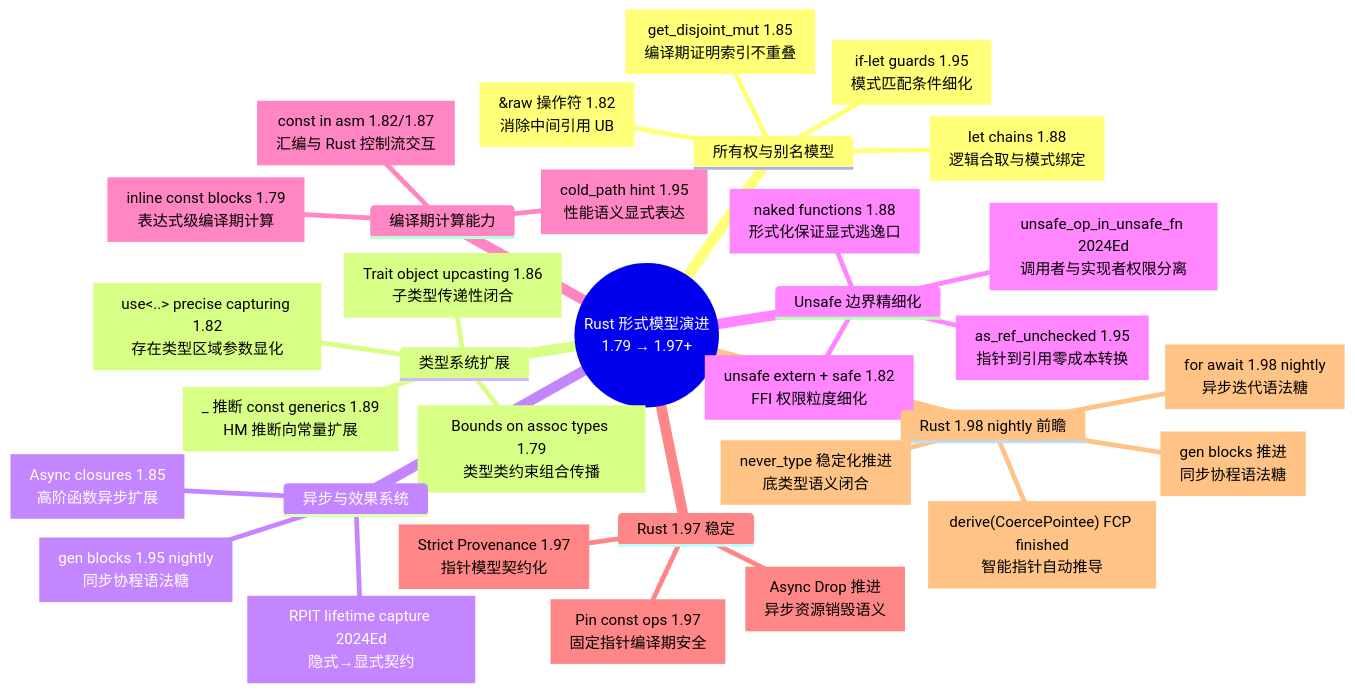
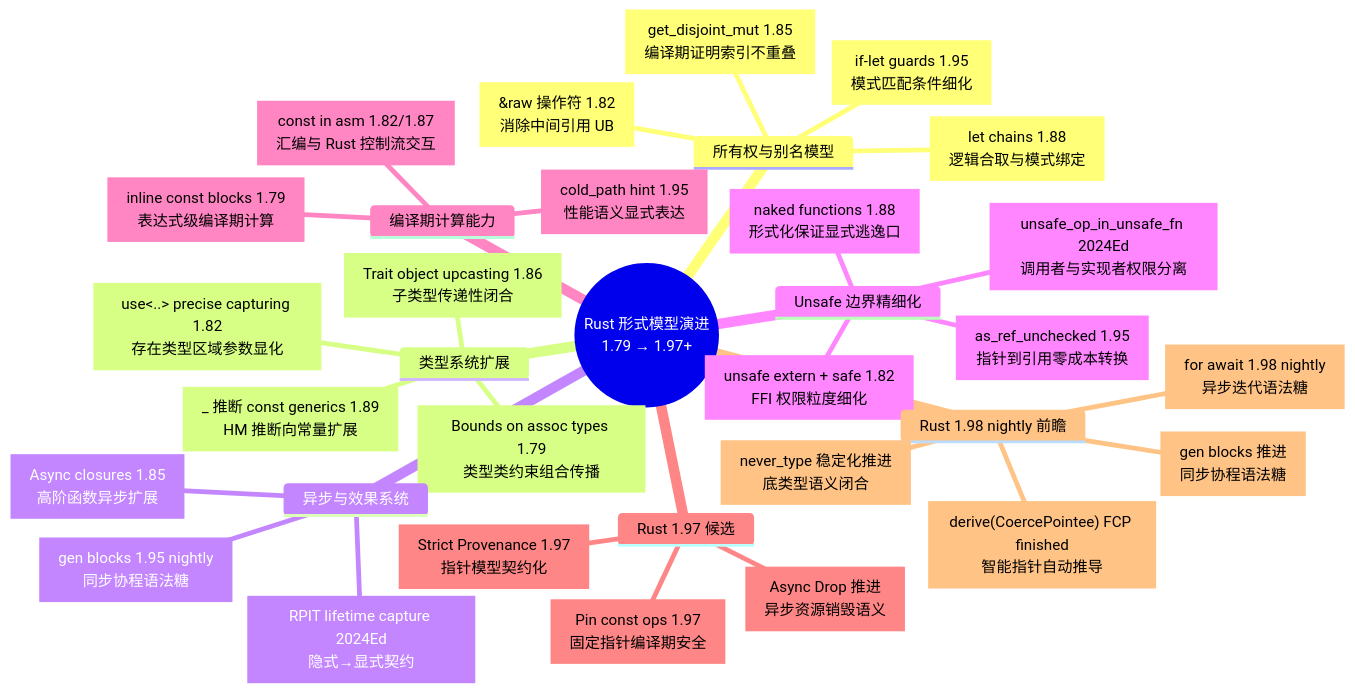
The first of 3 diagrams in concept/07_future/05_rust_version_tracking.md (martin-ly/rust-lang), drawn with Mermaid before and after one commit. The commit also changed other lines of this file and 100 other files, not shown here.

````diff
--- a/concept/07_future/05_rust_version_tracking.md
+++ b/concept/07_future/05_rust_version_tracking.md
@@ -48,36 +48,36 @@
 ```mermaid
 mindmap
   root((Rust 形式模型演进<br/>1.79 → 1.97+))
     所有权与别名模型
       raw_op[&raw 操作符 1.82<br/>消除中间引用 UB]
       if_let_guards[if-let guards 1.95<br/>模式匹配条件细化]
       let_chains[let chains 1.88<br/>逻辑合取与模式绑定]
       get_disjoint[get_disjoint_mut 1.85<br/>编译期证明索引不重叠]
     类型系统扩展
       precise_capturing[use&lt;..&gt; precise capturing 1.82<br/>存在类型区域参数显化]
       trait_upcasting[Trait object upcasting 1.86<br/>子类型传递性闭合]
       infer_const[_ 推断 const generics 1.89<br/>HM 推断向常量扩展]
       assoc_bounds[Bounds on assoc types 1.79<br/>类型类约束组合传播]
     异步与效果系统
       async_closures[Async closures 1.85<br/>高阶函数异步扩展]
       rpit_capture[RPIT lifetime capture 2024Ed<br/>隐式→显式契约]
       gen_blocks[gen blocks 1.95 nightly<br/>同步协程语法糖]
     Unsafe 边界精细化
       unsafe_extern[unsafe extern + safe 1.82<br/>FFI 权限粒度细化]
       naked[naked functions 1.88<br/>形式化保证显式逃逸口]
       unsafe_op[unsafe_op_in_unsafe_fn 2024Ed<br/>调用者与实现者权限分离]
       as_ref_unchecked[as_ref_unchecked 1.95<br/>指针到引用零成本转换]
     编译期计算能力
       inline_const[inline const blocks 1.79<br/>表达式级编译期计算]
       const_asm[const in asm 1.82/1.87<br/>汇编与 Rust 控制流交互]
       cold_path[cold_path hint 1.95<br/>性能语义显式表达]
-    Rust 1.97 稳定
+    Rust 1.97 候选
       async_drop[Async Drop 推进<br/>异步资源销毁语义]
       strict_provenance[Strict Provenance 1.97<br/>指针模型契约化]
       pin_const[Pin const ops 1.97<br/>固定指针编译期安全]
     Rust 1.98 nightly 前瞻
       gen_blocks_stable[gen blocks 推进<br/>同步协程语法糖]
       async_for_loop[for await 1.98 nightly<br/>异步迭代语法糖]
       coerce_pointee["derive(CoercePointee) FCP finished<br/>智能指针自动推导"]
       never_type_stable[never_type 稳定化推进<br/>底类型语义闭合]
 ```
````
